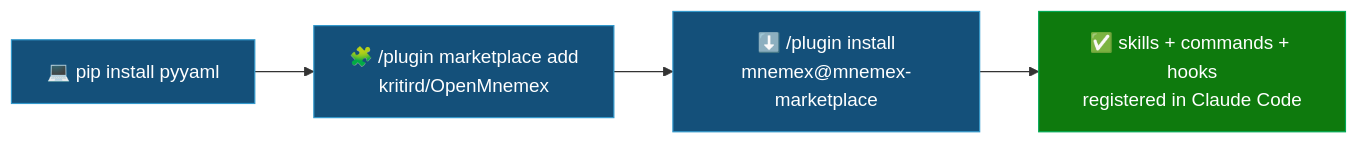
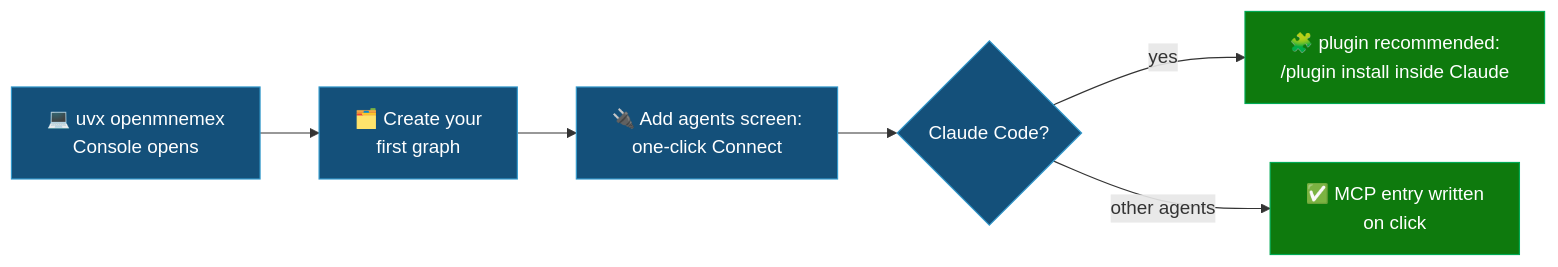
Before and after one commit to kritird/OpenMnemex: the second of 10 diagrams in docs/user-journey.md, drawn with Mermaid. The commit also changed other lines of this file and 17 other files, not shown here.

First line of the commit message:
Rename the viewer to the OpenMnemex Console and make it the front door

````diff
--- a/docs/user-journey.md
+++ b/docs/user-journey.md
@@ -42,10 +45,12 @@
 ```mermaid
 flowchart LR
-    A[💻 pip install pyyaml] --> B[🧩 /plugin marketplace add<br/>kritird/OpenMnemex]
-    B --> C[⬇️ /plugin install<br/>mnemex@mnemex-marketplace]
-    C --> D[✅ skills + commands + hooks<br/>registered in Claude Code]
+    A[💻 uvx openmnemex<br/>Console opens] --> B[🗂️ Create your<br/>first graph]
+    B --> C[🔌 Add agents screen:<br/>one-click Connect]
+    C --> D{Claude Code?}
+    D -->|yes| E[🧩 plugin recommended:<br/>/plugin install inside Claude]
+    D -->|other agents| F[✅ MCP entry written<br/>on click]
     classDef step fill:#14507a,stroke:#39c,color:#fff;
     classDef done fill:#0e7a0d,stroke:#0a5,color:#fff;
-    class A,B,C step;
-    class D done;
+    class A,B,C,D step;
+    class E,F done;
 ```
````
